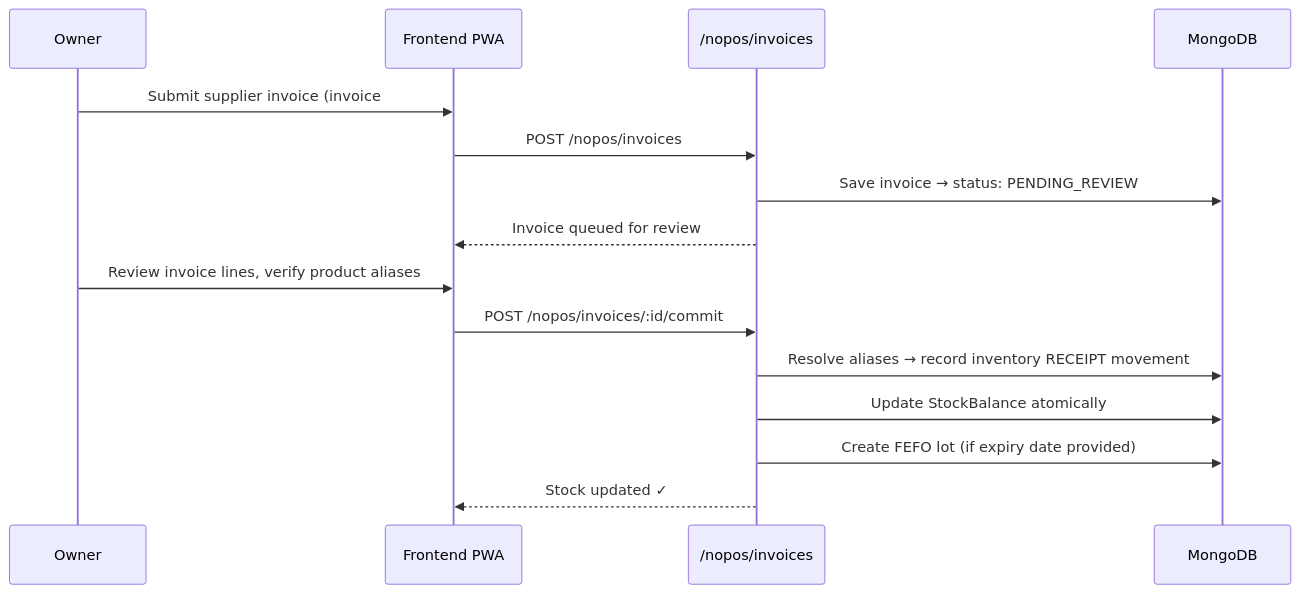
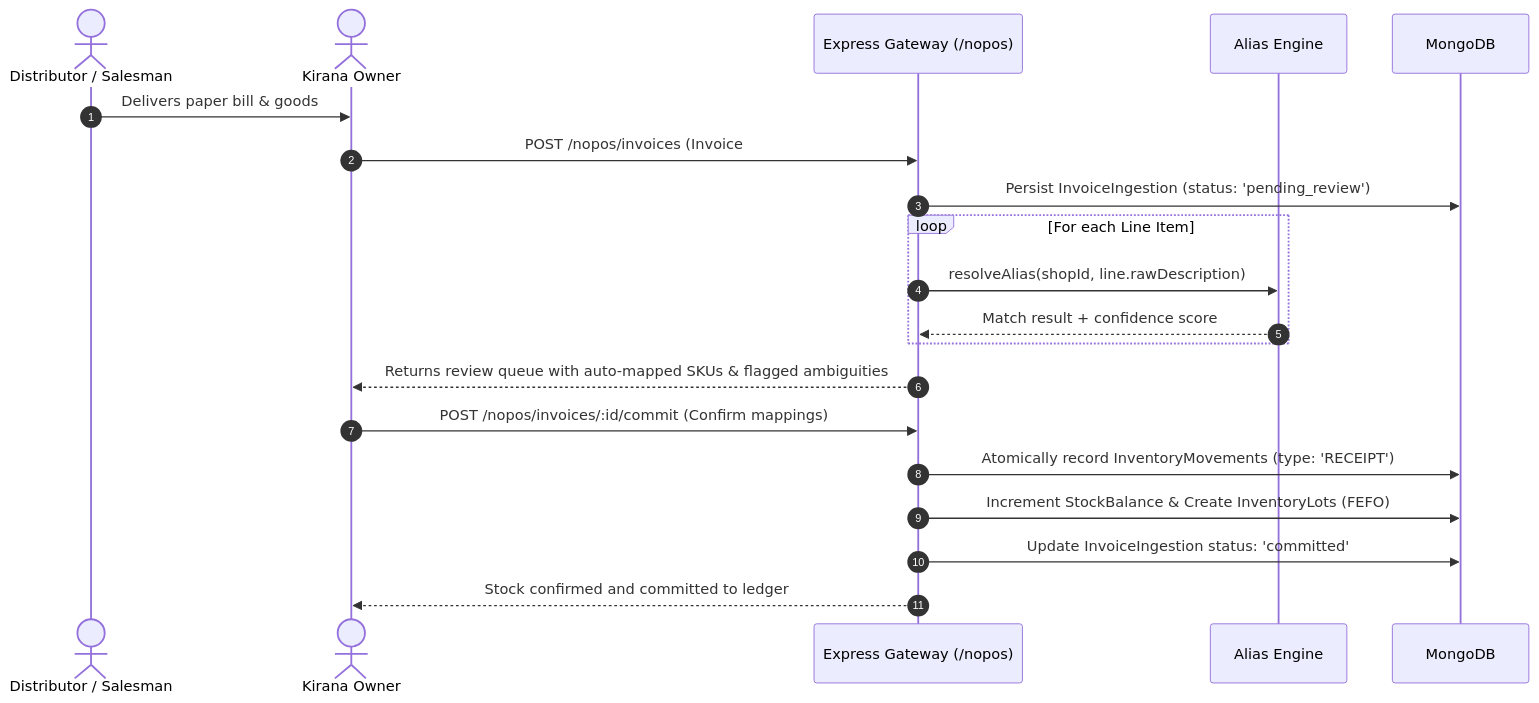
Before and after one commit to rajat552/KiranaSaathi-AI: the fifth of 8 diagrams in README.md, drawn with Mermaid. The commit also changed other lines of this file, not shown here.

Commit message:
docs: comprehensive engineering audit, factual feature matrix, and architectural documentation for Tech4Bharat 2026

````diff
--- a/README.md
+++ b/README.md
@@ -522,19 +344,23 @@
 ```mermaid
 sequenceDiagram
-    participant Owner
-    participant UI as Frontend PWA
-    participant API as /nopos/invoices
+    autonumber
+    actor Supplier as Distributor / Salesman
+    actor Retailer as Kirana Owner
+    participant API as Express Gateway (/nopos)
+    participant Alias as Alias Engine
     participant DB as MongoDB
 
-    Owner->>UI: Submit supplier invoice (invoice #, description, qty, cost)
-    UI->>API: POST /nopos/invoices
-    API->>DB: Save invoice → status: PENDING_REVIEW
-    API-->>UI: Invoice queued for review
-
-    Owner->>UI: Review invoice lines, verify product aliases
-    UI->>API: POST /nopos/invoices/:id/commit
-    API->>DB: Resolve aliases → record inventory RECEIPT movement
-    API->>DB: Update StockBalance atomically
-    API->>DB: Create FEFO lot (if expiry date provided)
-    API-->>UI: Stock updated ✓
+    Supplier->>Retailer: Delivers paper bill & goods
+    Retailer->>API: POST /nopos/invoices (Invoice #, Line descriptions, quantities, unit costs)
+    API->>DB: Persist InvoiceIngestion (status: 'pending_review')
+    loop For each Line Item
+        API->>Alias: resolveAlias(shopId, line.rawDescription)
+        Alias-->>API: Match result + confidence score
+    end
+    API-->>Retailer: Returns review queue with auto-mapped SKUs & flagged ambiguities
+    Retailer->>API: POST /nopos/invoices/:id/commit (Confirm mappings)
+    API->>DB: Atomically record InventoryMovements (type: 'RECEIPT')
+    API->>DB: Increment StockBalance & Create InventoryLots (FEFO)
+    API->>DB: Update InvoiceIngestion status: 'committed'
+    API-->>Retailer: Stock confirmed and committed to ledger
 ```
````
